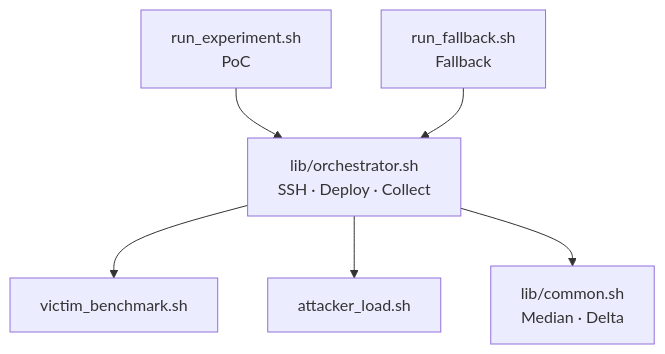
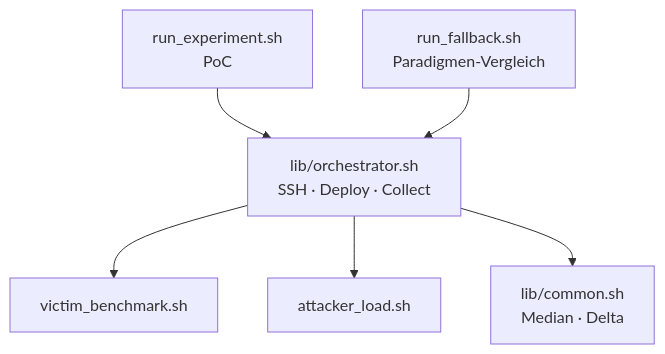
The fourth of 4 diagrams in presentation/slides.md (mwagner86/Hardware-Sicherheit), drawn with Mermaid before and after one commit. The commit also changed other lines of this file and 5 other files, not shown here.

````diff
--- a/presentation/slides.md
+++ b/presentation/slides.md
@@ -537,9 +540,9 @@
 ```mermaid {scale: 0.6}
 flowchart TB
   RE[run_experiment.sh<br/>PoC] --> O
-  RF[run_fallback.sh<br/>Fallback] --> O
+  RF[run_fallback.sh<br/>Paradigmen-Vergleich] --> O
   O[lib/orchestrator.sh<br/>SSH · Deploy · Collect]
   O --> VB[victim_benchmark.sh]
   O --> AL[attacker_load.sh]
   O --> C[lib/common.sh<br/>Median · Delta]
 ```
````
